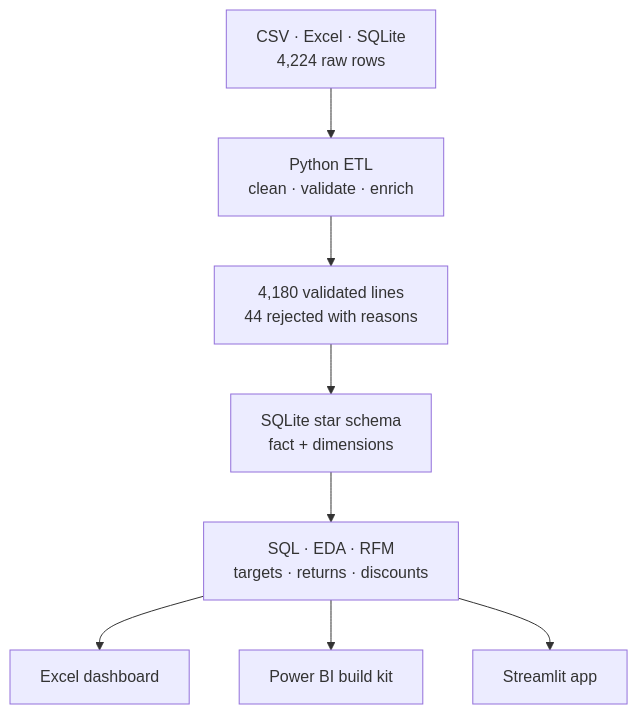
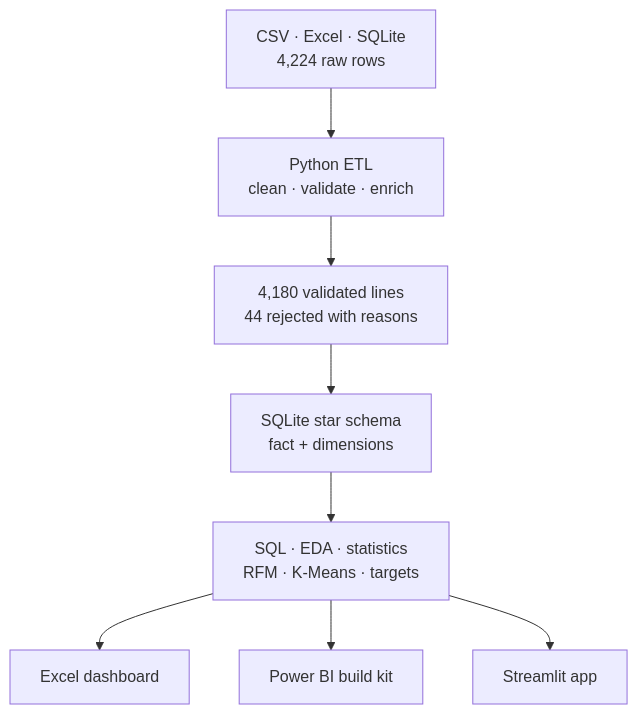
Before and after one commit to Aamiruem/Retail-sales-customer: the diagram in README.md, drawn with Mermaid. The commit also changed other lines of this file and 7 other files, not shown here.

````diff
--- a/README.md
+++ b/README.md
@@ -44,10 +45,10 @@
 ```mermaid
 flowchart TD
     A["CSV · Excel · SQLite<br/>4,224 raw rows"] --> B["Python ETL<br/>clean · validate · enrich"]
     B --> C["4,180 validated lines<br/>44 rejected with reasons"]
     C --> D["SQLite star schema<br/>fact + dimensions"]
-    D --> E["SQL · EDA · RFM<br/>targets · returns · discounts"]
+    D --> E["SQL · EDA · statistics<br/>RFM · K-Means · targets"]
     E --> F["Excel dashboard"]
     E --> G["Power BI build kit"]
     E --> H["Streamlit app"]
 ```
````
